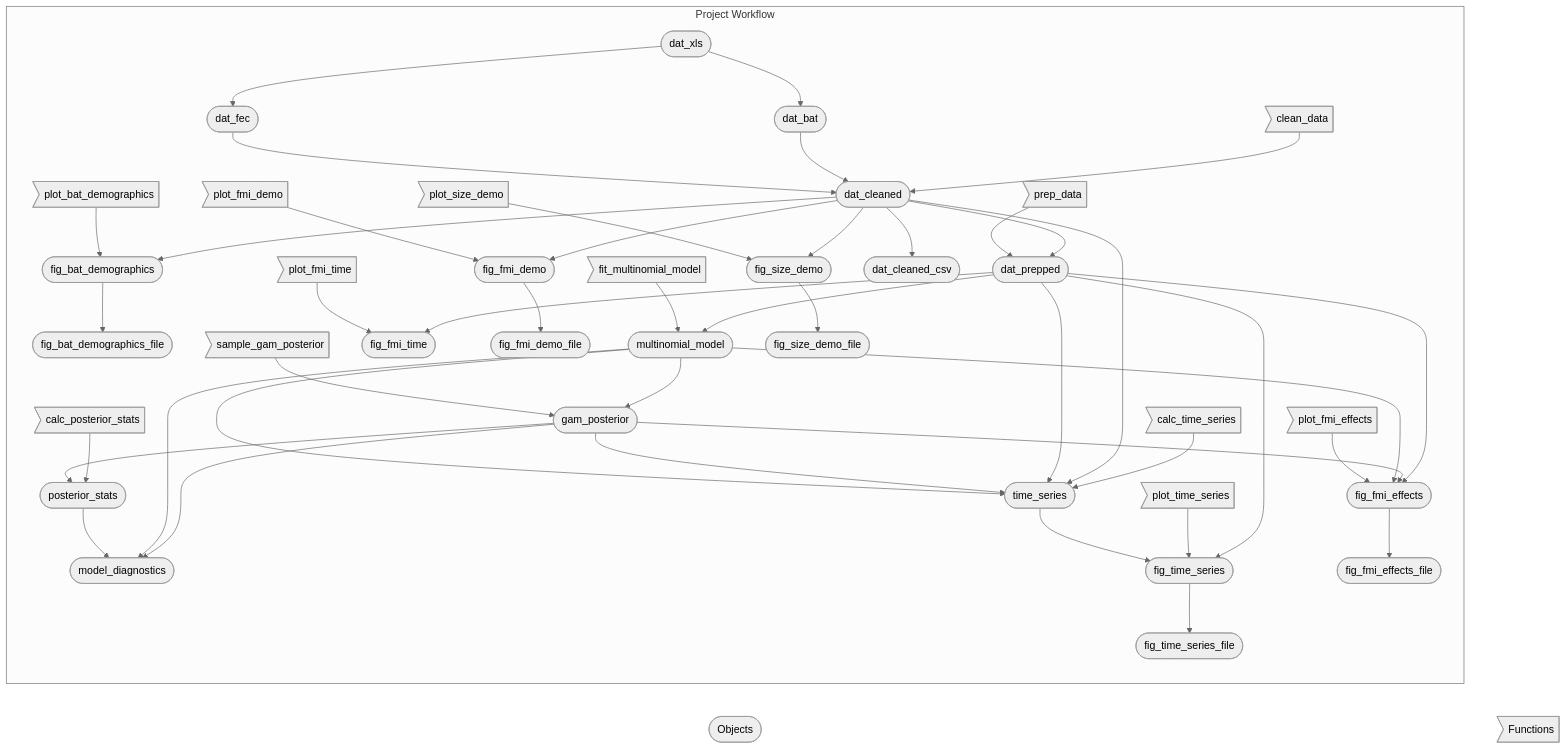
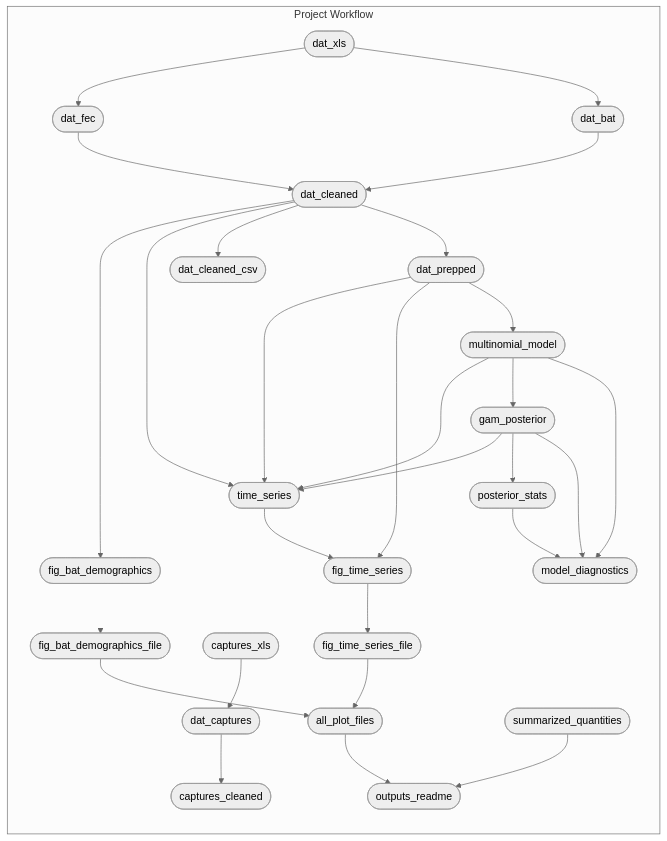
Before and after one commit to ecohealthalliance/sabrenet-rousettus-dynamics: the diagram in README.md, drawn with Mermaid (neutral theme). The commit also changed other lines of this file and 51 other files, not shown here.

````diff
--- a/README.md
+++ b/README.md
@@ -42,49 +42,33 @@
 ``` mermaid
 graph LR
-Objects([""Objects""]) --- Functions>""Functions""]
 subgraph Project Workflow
     x7a7f43da56388c67(["fig_bat_demographics"]):::queued --> x57a7f9cc118d43ce(["fig_bat_demographics_file"]):::queued
     xba784c3a136c631a(["dat_cleaned"]):::queued --> x7a7f43da56388c67(["fig_bat_demographics"]):::queued
-    x923e5d3f7effdb97>"plot_bat_demographics"]:::uptodate --> x7a7f43da56388c67(["fig_bat_demographics"]):::queued
-    x3541a3d3c2c93003>"calc_time_series"]:::uptodate --> xf22c729b71100575(["time_series"]):::queued
     xba784c3a136c631a(["dat_cleaned"]):::queued --> xf22c729b71100575(["time_series"]):::queued
     x4a5cfaffa1d0e789(["dat_prepped"]):::queued --> xf22c729b71100575(["time_series"]):::queued
     x89c8b8fe66c39f8c(["gam_posterior"]):::queued --> xf22c729b71100575(["time_series"]):::queued
     x023bc1d70802c4e1(["multinomial_model"]):::queued --> xf22c729b71100575(["time_series"]):::queued
-    xba784c3a136c631a(["dat_cleaned"]):::queued --> xcdebc0583bb5c42e(["fig_size_demo"]):::queued
-    xdf8b170c766e2d6b>"plot_size_demo"]:::uptodate --> xcdebc0583bb5c42e(["fig_size_demo"]):::queued
-    xdc4c0b12c3eff7c3>"clean_data"]:::uptodate --> xba784c3a136c631a(["dat_cleaned"]):::queued
     x6cf5d6dc2e05a667(["dat_bat"]):::queued --> xba784c3a136c631a(["dat_cleaned"]):::queued
     x733041ef94e8d4a9(["dat_fec"]):::queued --> xba784c3a136c631a(["dat_cleaned"]):::queued
-    x4a5cfaffa1d0e789(["dat_prepped"]):::queued --> x743d14db79d088a5(["fig_fmi_time"]):::queued
-    x81e3813389f7c111>"plot_fmi_time"]:::uptodate --> x743d14db79d088a5(["fig_fmi_time"]):::queued
-    xc2117931d245afce(["dat_xls"]):::built --> x733041ef94e8d4a9(["dat_fec"]):::queued
-    x23873f9d63594e23(["fig_fmi_demo"]):::queued --> x8fc58a4d202a711a(["fig_fmi_demo_file"]):::queued
-    xc0afa1ca6e3a3ecf>"calc_posterior_stats"]:::uptodate --> x48dd96190e644d8f(["posterior_stats"]):::queued
+    xc2117931d245afce(["dat_xls"]):::skipped --> x733041ef94e8d4a9(["dat_fec"]):::queued
+    xe05634441492d438(["dat_captures"]):::skipped --> x370906d20a0ac4c5(["captures_cleaned"]):::queued
     x89c8b8fe66c39f8c(["gam_posterior"]):::queued --> x48dd96190e644d8f(["posterior_stats"]):::queued
     x023bc1d70802c4e1(["multinomial_model"]):::queued --> x89c8b8fe66c39f8c(["gam_posterior"]):::queued
-    x8ff1740672def84e>"sample_gam_posterior"]:::uptodate --> x89c8b8fe66c39f8c(["gam_posterior"]):::queued
-    xc2117931d245afce(["dat_xls"]):::built --> x6cf5d6dc2e05a667(["dat_bat"]):::queued
-    xcdebc0583bb5c42e(["fig_size_demo"]):::queued --> x6c01430c132507c0(["fig_size_demo_file"]):::queued
+    xc2117931d245afce(["dat_xls"]):::skipped --> x6cf5d6dc2e05a667(["dat_bat"]):::queued
     x89c8b8fe66c39f8c(["gam_posterior"]):::queued --> x1e7dc8900c0252af(["model_diagnostics"]):::queued
     x023bc1d70802c4e1(["multinomial_model"]):::queued --> x1e7dc8900c0252af(["model_diagnostics"]):::queued
     x48dd96190e644d8f(["posterior_stats"]):::queued --> x1e7dc8900c0252af(["model_diagnostics"]):::queued
-    x4a5cfaffa1d0e789(["dat_prepped"]):::queued --> x37da1c8de8c2ccbe(["fig_fmi_effects"]):::queued
-    x89c8b8fe66c39f8c(["gam_posterior"]):::queued --> x37da1c8de8c2ccbe(["fig_fmi_effects"]):::queued
-    x023bc1d70802c4e1(["multinomial_model"]):::queued --> x37da1c8de8c2ccbe(["fig_fmi_effects"]):::queued
-    xd5ee960dd8f86a23>"plot_fmi_effects"]:::uptodate --> x37da1c8de8c2ccbe(["fig_fmi_effects"]):::queued
+    xb354ea9be719f8bb(["captures_xls"]):::skipped --> xe05634441492d438(["dat_captures"]):::skipped
     x4a5cfaffa1d0e789(["dat_prepped"]):::queued --> xe3a4a17736576ba6(["fig_time_series"]):::queued
-    x6ee5b97ea4d7b6f2>"plot_time_series"]:::uptodate --> xe3a4a17736576ba6(["fig_time_series"]):::queued
     xf22c729b71100575(["time_series"]):::queued --> xe3a4a17736576ba6(["fig_time_series"]):::queued
     xba784c3a136c631a(["dat_cleaned"]):::queued --> xdb44d218f76593df(["dat_cleaned_csv"]):::queued
-    xba784c3a136c631a(["dat_cleaned"]):::queued --> x23873f9d63594e23(["fig_fmi_demo"]):::queued
-    x0f821fb38c59b6f4>"plot_fmi_demo"]:::uptodate --> x23873f9d63594e23(["fig_fmi_demo"]):::queued
     x4a5cfaffa1d0e789(["dat_prepped"]):::queued --> x023bc1d70802c4e1(["multinomial_model"]):::queued
-    x98c1037972a8a636>"fit_multinomial_model"]:::uptodate --> x023bc1d70802c4e1(["multinomial_model"]):::queued
-    x37da1c8de8c2ccbe(["fig_fmi_effects"]):::queued --> x942eeb410ea37982(["fig_fmi_effects_file"]):::queued
+    x835f456db5951df5(["all_plot_files"]):::queued --> xbda0fd67e19f73bc(["outputs_readme"]):::queued
+    x07b56d1fbca21cf3(["summarized_quantities"]):::skipped --> xbda0fd67e19f73bc(["outputs_readme"]):::queued
+    x57a7f9cc118d43ce(["fig_bat_demographics_file"]):::queued --> x835f456db5951df5(["all_plot_files"]):::queued
+    x650683ca19a5d319(["fig_time_series_file"]):::queued --> x835f456db5951df5(["all_plot_files"]):::queued
     xe3a4a17736576ba6(["fig_time_series"]):::queued --> x650683ca19a5d319(["fig_time_series_file"]):::queued
     xba784c3a136c631a(["dat_cleaned"]):::queued --> x4a5cfaffa1d0e789(["dat_prepped"]):::queued
-    x9369f9c58212db0f>"prep_data"]:::uptodate --> x4a5cfaffa1d0e789(["dat_prepped"]):::queued
   end
 linkStyle 0 stroke-width:0px;
 ```
````
